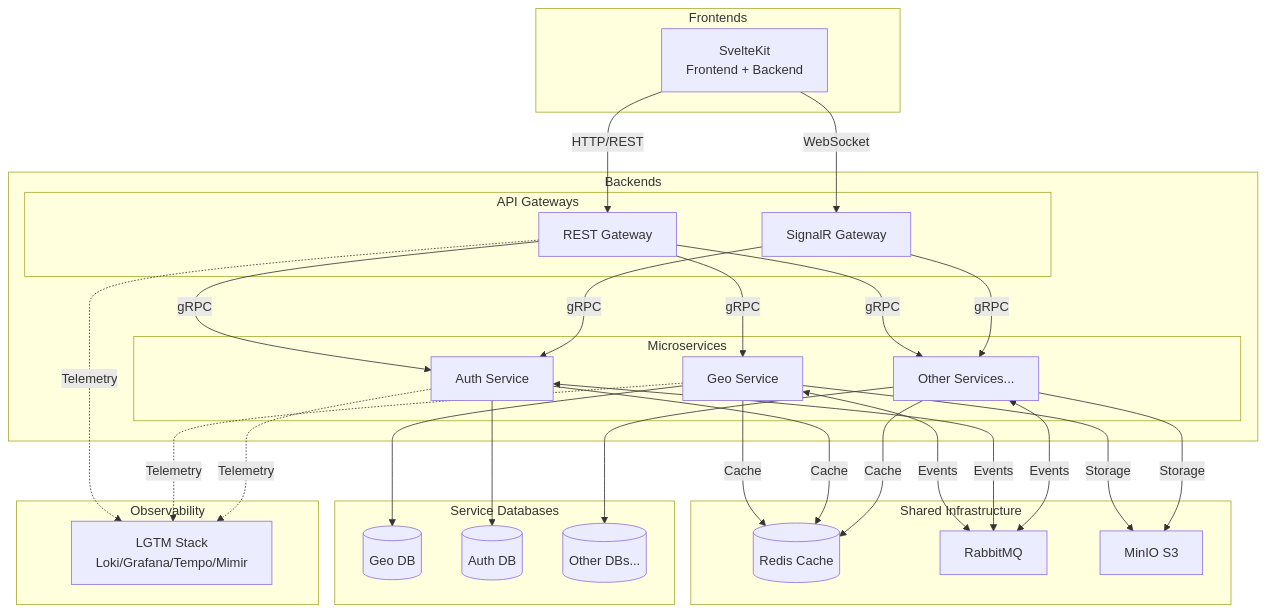
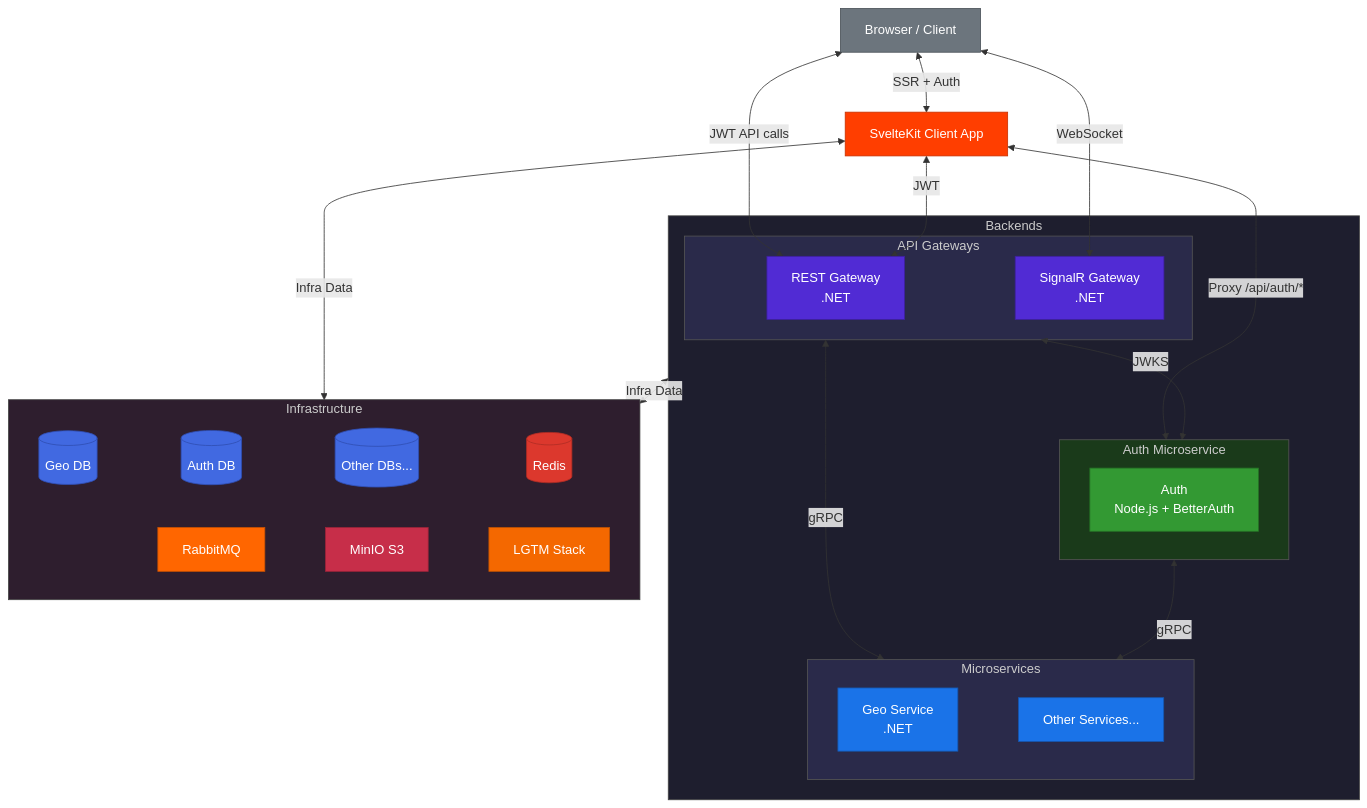
The diagram in README.md (DCSV-io/D2-WORX), drawn with Mermaid before and after one commit. The commit also changed other lines of this file and 24 other files, not shown here.

````diff
--- a/README.md
+++ b/README.md
@@ -102,63 +107,74 @@
 ```mermaid
 graph TB
-    subgraph Frontends
-        SK[SvelteKit<br/>Frontend + Backend]
-    end
+    BROWSER[Browser / Client]
+
+    SK[SvelteKit Client App]
 
     subgraph Backends
-        subgraph "API Gateways"
-            REST[REST Gateway]
-            SR[SignalR Gateway]
+        subgraph Gateways["API Gateways"]
+            REST[REST Gateway<br/>.NET]
+            SR[SignalR Gateway<br/>.NET]
         end
 
-        subgraph "Microservices"
-            GEO[Geo Service]
-            AUTH[Auth Service]
-            OTHER[Other Services...]
+        subgraph AuthSvc["Auth Microservice"]
+            AUTH[Auth<br/>Node.js + BetterAuth]
+        end
+
+        subgraph Services["Microservices"]
+            GEO[Geo Service<br/>.NET] ~~~ OTHER[Other Services...]
         end
     end
 
-    subgraph "Shared Infrastructure"
-        REDIS[(Redis Cache)]
-        RMQ[RabbitMQ]
-        MINIO[MinIO S3]
+    subgraph Infra["Infrastructure"]
+        GEODB[(Geo DB)] ~~~ AUTHDB[(Auth DB)] ~~~ OTHERDB[(Other DBs...)] ~~~ REDIS[(Redis)]
+        RMQ[RabbitMQ] ~~~ MINIO[MinIO S3] ~~~ LGTM[LGTM Stack]
     end
 
-    subgraph "Service Databases"
-        GEODB[(Geo DB)]
-        AUTHDB[(Auth DB)]
-        OTHERDB[(Other DBs...)]
-    end
+    %% Browser paths
+    BROWSER <-->|SSR + Auth| SK
+    BROWSER <-->|JWT API calls| REST
+    BROWSER <-->|WebSocket| SR
 
-    subgraph "Observability"
-        LGTM[LGTM Stack<br/>Loki/Grafana/Tempo/Mimir]
-    end
+    %% SvelteKit to backends
+    SK <-->|JWT| REST
+    SK <-->|Proxy /api/auth/*| AuthSvc
 
-    SK -->|HTTP/REST| REST
-    SK -->|WebSocket| SR
+    %% Internal backend routing
+    Gateways <-->|gRPC| Services
+    Gateways <-->|JWKS| AuthSvc
+    AuthSvc <-->|gRPC| Services
 
-    REST -->|gRPC| GEO
-    REST -->|gRPC| AUTH
-    REST -->|gRPC| OTHER
-    SR -->|gRPC| AUTH
-    SR -->|gRPC| OTHER
+    %% Infrastructure data
+    SK <-->|Infra Data| Infra
+    Backends <-->|Infra Data| Infra
 
-    GEO <-->|Events| RMQ
-    AUTH <-->|Events| RMQ
-    OTHER <-->|Events| RMQ
+    %% Node colors
+    classDef browser fill:#6c757d,stroke:#495057,color:#fff
+    classDef svelte fill:#FF3E00,stroke:#c73100,color:#fff
+    classDef gateway fill:#512BD4,stroke:#3d1f9e,color:#fff
+    classDef nodejs fill:#339933,stroke:#267326,color:#fff
+    classDef service fill:#1a73e8,stroke:#1557b0,color:#fff
+    classDef postgres fill:#4169E1,stroke:#2f4fb3,color:#fff
+    classDef redis fill:#DC382D,stroke:#b02d24,color:#fff
+    classDef rabbitmq fill:#FF6600,stroke:#cc5200,color:#fff
+    classDef minio fill:#C72E49,stroke:#9e243a,color:#fff
+    classDef grafana fill:#F46800,stroke:#c35300,color:#fff
 
-    GEO -->|Cache| REDIS
-    AUTH -->|Cache| REDIS
-    OTHER -->|Cache| REDIS
+    class BROWSER browser
+    class SK svelte
+    class REST,SR gateway
+    class AUTH nodejs
+    class GEO,OTHER service
+    class GEODB,AUTHDB,OTHERDB postgres
+    class REDIS redis
+    class RMQ rabbitmq
+    class MINIO minio
+    class LGTM grafana
 
-    GEO -->|Storage| MINIO
-    OTHER -->|Storage| MINIO
-
-    GEO --> GEODB
-    AUTH --> AUTHDB
-    OTHER --> OTHERDB
-
-    REST -.->|Telemetry| LGTM
-    GEO -.->|Telemetry| LGTM
-    AUTH -.->|Telemetry| LGTM
+    %% Subgraph colors
+    style Backends fill:#1e1e2e,stroke:#444,color:#ccc
+    style Gateways fill:#2a2a4a,stroke:#555,color:#ccc
+    style AuthSvc fill:#1a3a1a,stroke:#555,color:#ccc
+    style Services fill:#2a2a4a,stroke:#555,color:#ccc
+    style Infra fill:#2e1e2e,stroke:#444,color:#ccc
 ```
````
